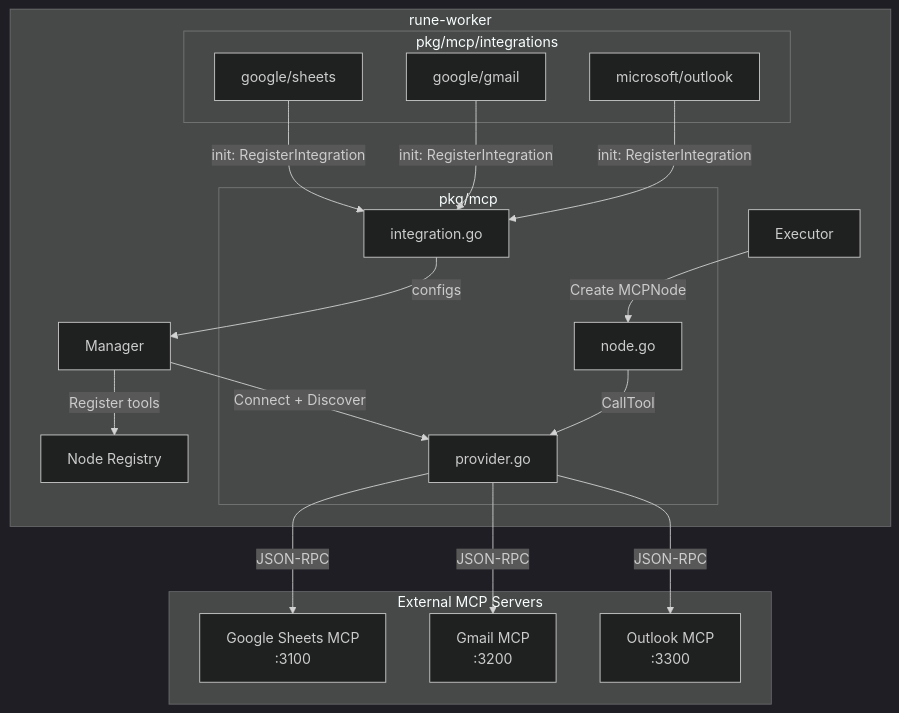
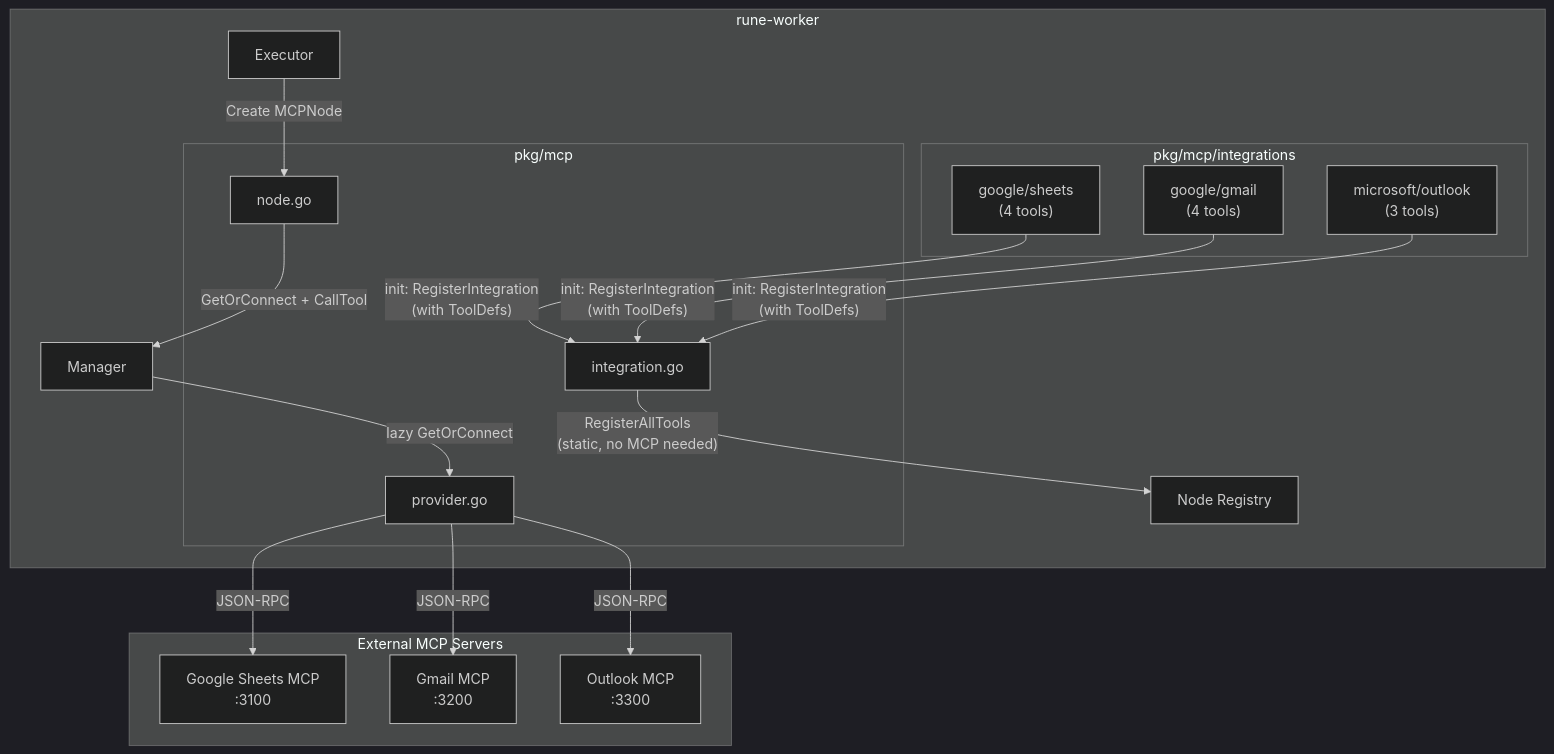
One commit to rune-org/rune changed the first of 3 diagrams in services/rune-worker/pkg/mcp/README.md. Above: the diagram before and after it, drawn with Mermaid (dark theme). The commit also changed other lines of this file and 13 other files, not shown here.

````diff
--- a/services/rune-worker/pkg/mcp/README.md
+++ b/services/rune-worker/pkg/mcp/README.md
@@ -9,40 +12,39 @@
 ```mermaid
 graph TB
     subgraph Worker["rune-worker"]
         REG[Node Registry]
         EXE[Executor]
         MGR[Manager]
 
         subgraph Integrations["pkg/mcp/integrations"]
-            GS[google/sheets]
-            GM[google/gmail]
-            OL[microsoft/outlook]
+            GS["google/sheets<br/>(4 tools)"]
+            GM["google/gmail<br/>(4 tools)"]
+            OL["microsoft/outlook<br/>(3 tools)"]
         end
 
         subgraph Bridge["pkg/mcp"]
             INT[integration.go]
             PRV[provider.go]
             NOD[node.go]
         end
     end
 
     subgraph Servers["External MCP Servers"]
-        S1["Google Sheets MCP\n:3100"]
-        S2["Gmail MCP\n:3200"]
-        S3["Outlook MCP\n:3300"]
+        S1["Google Sheets MCP<br/>:3100"]
+        S2["Gmail MCP<br/>:3200"]
+        S3["Outlook MCP<br/>:3300"]
     end
 
-    GS -->|init: RegisterIntegration| INT
-    GM -->|init: RegisterIntegration| INT
-    OL -->|init: RegisterIntegration| INT
+    GS -->|"init: RegisterIntegration<br/>(with ToolDefs)"| INT
+    GM -->|"init: RegisterIntegration<br/>(with ToolDefs)"| INT
+    OL -->|"init: RegisterIntegration<br/>(with ToolDefs)"| INT
 
-    INT -->|configs| MGR
-    MGR -->|Connect + Discover| PRV
+    INT -->|"RegisterAllTools<br/>(static, no MCP needed)"| REG
+    MGR -->|"lazy GetOrConnect"| PRV
     PRV -->|JSON-RPC| S1
     PRV -->|JSON-RPC| S2
     PRV -->|JSON-RPC| S3
 
-    MGR -->|Register tools| REG
     EXE -->|Create MCPNode| NOD
-    NOD -->|CallTool| PRV
+    NOD -->|"GetOrConnect + CallTool"| MGR
 ```
````
